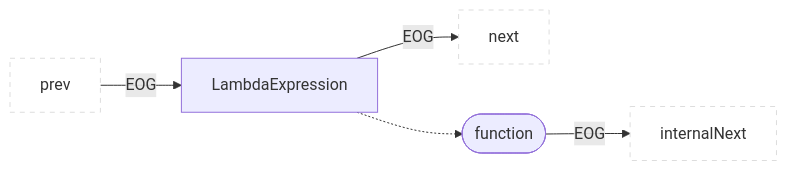
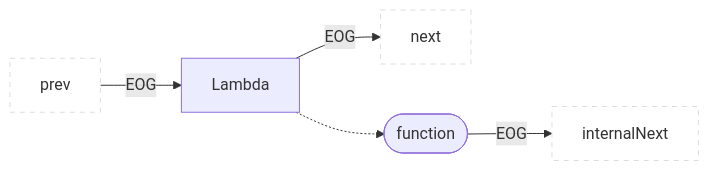
Before and after one commit to Fraunhofer-AISEC/cpg: diagram 42 of 49 in docs/docs/CPG/specs/eog.md, drawn with Mermaid. The commit also changed other lines of this file and 222 other files, not shown here.

````diff
--- a/docs/docs/CPG/specs/eog.md
+++ b/docs/docs/CPG/specs/eog.md
@@ -853,9 +853,9 @@
 ```mermaid
 flowchart LR
   classDef outer fill:#fff,stroke:#ddd,stroke-dasharray:5 5;
-  prev:::outer --EOG--> parent["LambdaExpression"]
+  prev:::outer --EOG--> parent["Lambda"]
   parent --EOG--> next:::outer
   parent -.-> child
   child(["function"]) --EOG-->internalNext:::outer
 
 ```
````
